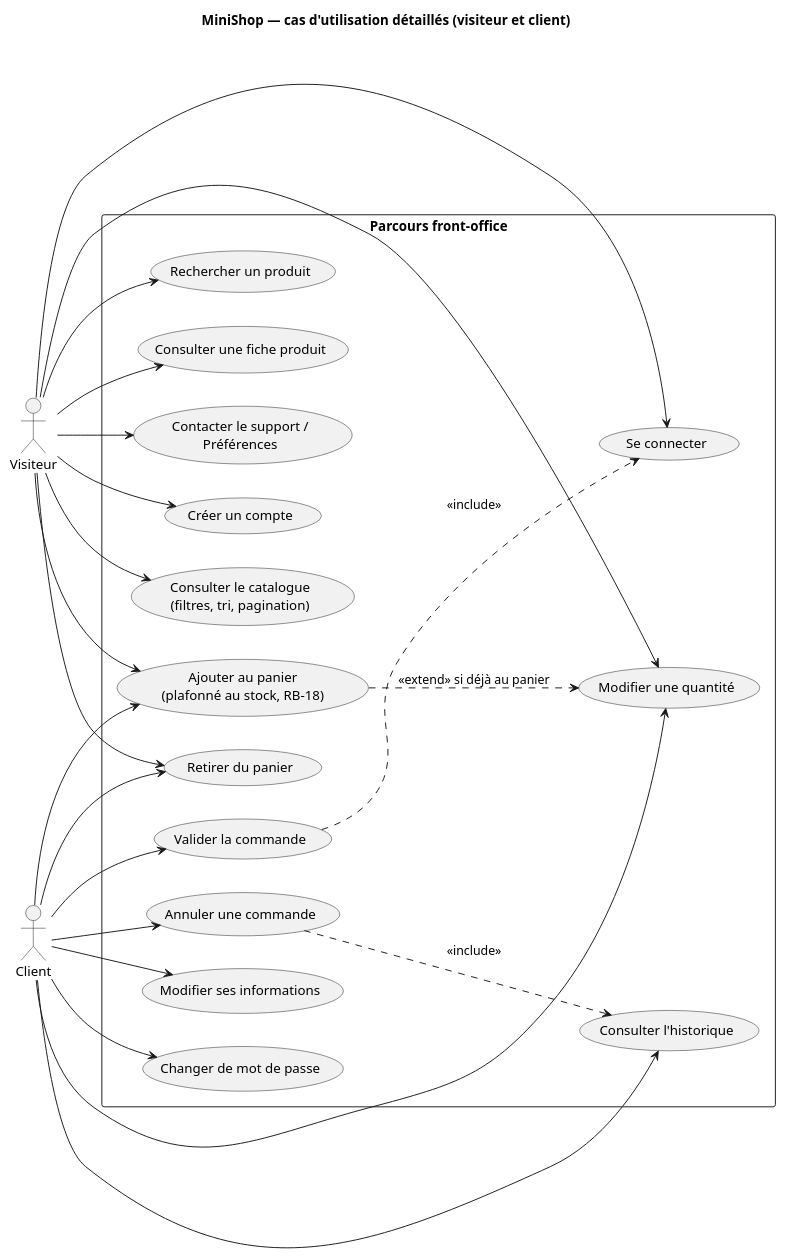
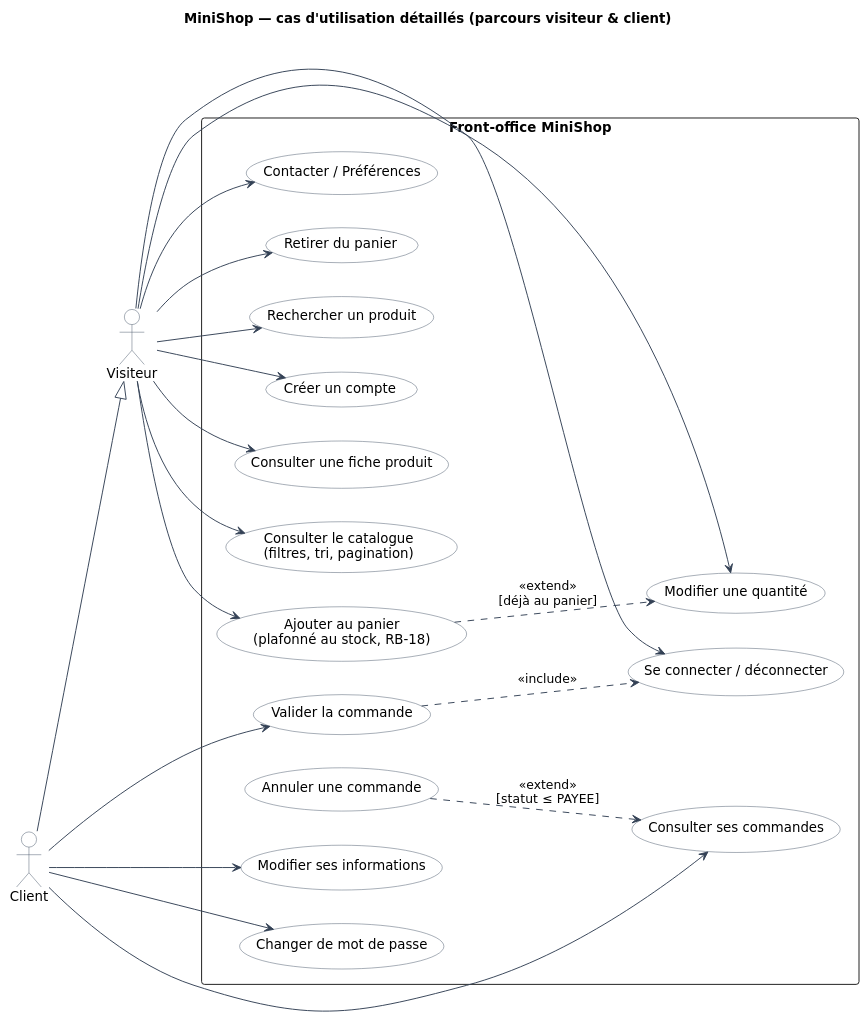
Before and after one commit to jojo8356/SAE-302: the diagram in docs/diagrams/src/cas_utilisation_detail.puml, drawn with PlantUML. The commit also changed 27 other files, not shown here.

Commit message:
docs(uml): aligne les 14 schémas sur les standards UML 2.5 et le cahier des charges

```diff
--- a/docs/diagrams/src/cas_utilisation_detail.puml
+++ b/docs/diagrams/src/cas_utilisation_detail.puml
@@ -1,48 +1,54 @@
 @startuml cas_utilisation_detail
-title MiniShop — cas d'utilisation détaillés (visiteur et client)
+title MiniShop — cas d'utilisation détaillés (parcours visiteur & client)
+
 left to right direction
+skinparam shadowing false
+skinparam roundcorner 6
+skinparam defaultFontName "DejaVu Sans"
 skinparam packageStyle rectangle
+skinparam ArrowColor #334155
+skinparam ActorBackgroundColor #FFFFFF
+skinparam ActorBorderColor #475569
+skinparam UsecaseBackgroundColor #FFFFFF
+skinparam UsecaseBorderColor #475569
 
 actor "Visiteur" as V
 actor "Client" as C
+C --|> V
 
-rectangle "Parcours front-office" {
+rectangle "Front-office MiniShop" {
   usecase "Consulter le catalogue\n(filtres, tri, pagination)" as U1
   usecase "Rechercher un produit" as U2
   usecase "Consulter une fiche produit" as U3
-  usecase "Contacter le support /\nPréférences" as U14
+  usecase "Contacter / Préférences" as U14
   usecase "Créer un compte" as U4
-  usecase "Se connecter" as U5
+  usecase "Se connecter / déconnecter" as U5
   usecase "Ajouter au panier\n(plafonné au stock, RB-18)" as U6
   usecase "Modifier une quantité" as U7
   usecase "Retirer du panier" as U8
   usecase "Valider la commande" as U9
-  usecase "Consulter l'historique" as U10
+  usecase "Consulter ses commandes" as U10
   usecase "Annuler une commande" as U11
   usecase "Modifier ses informations" as U12
   usecase "Changer de mot de passe" as U13
 }
 
 V --> U1
 V --> U2
 V --> U3
 V --> U14
 V --> U4
 V --> U5
 V --> U6
 V --> U7
 V --> U8
 
-C --> U6
-C --> U7
-C --> U8
 C --> U9
 C --> U10
-C --> U11
 C --> U12
 C --> U13
 
-U6 ..> U7 : <<extend>> si déjà au panier
+U6 ..> U7 : <<extend>>\n[déjà au panier]
 U9 ..> U5 : <<include>>
-U11 ..> U10 : <<include>>
+U11 ..> U10 : <<extend>>\n[statut ≤ PAYEE]
 @enduml
```
